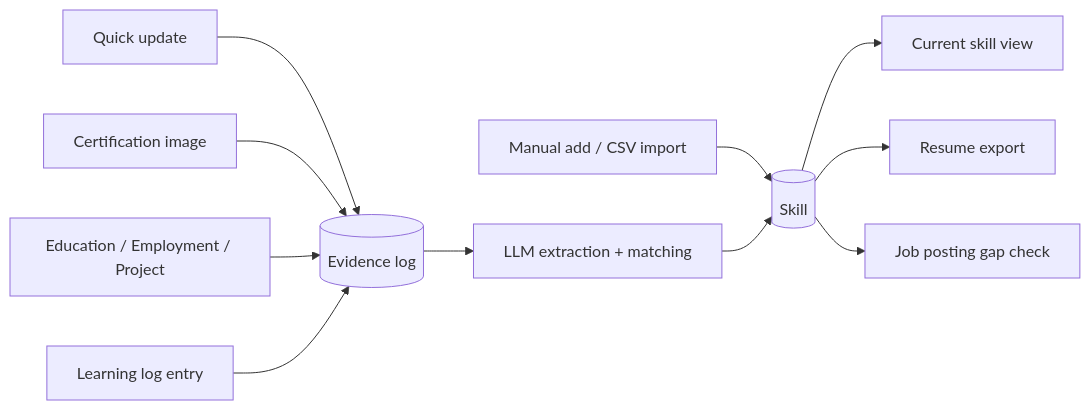
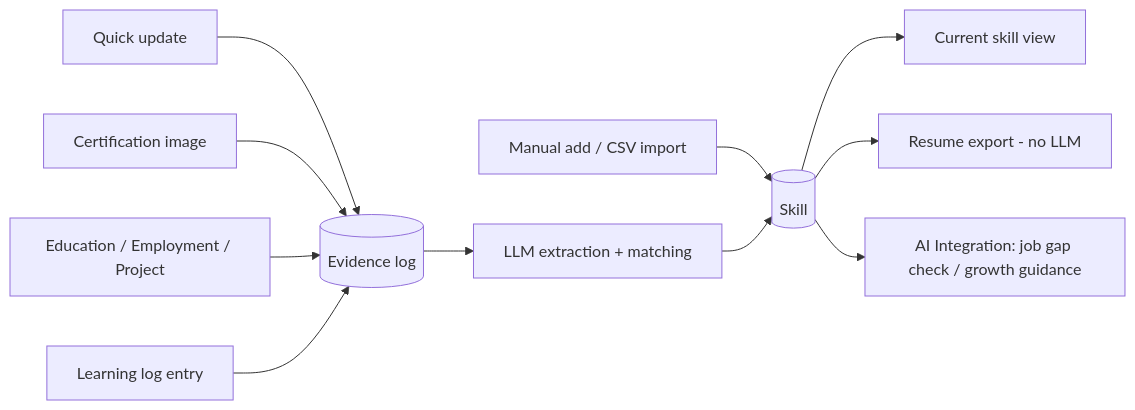
One commit to tkm112345/skillgrowth changed the diagram in README.md. Above: the diagram before and after it, drawn with Mermaid. The commit also changed other lines of this file and 32 other files, not shown here.

````diff
--- a/README.md
+++ b/README.md
@@ -14,13 +15,13 @@
 ```mermaid
 flowchart LR
   U1[Quick update] --> E[(Evidence log)]
   U2[Certification image] --> E
   U3[Education / Employment / Project] --> E
   U4[Learning log entry] --> E
   U5[Manual add / CSV import] --> S[(Skill)]
   E --> L[LLM extraction + matching]
   L --> S
   S --> V[Current skill view]
-  S --> X[Resume export]
-  S --> G[Job posting gap check]
+  S --> X[Resume export - no LLM]
+  S --> G[AI Integration: job gap check / growth guidance]
 ```
````
